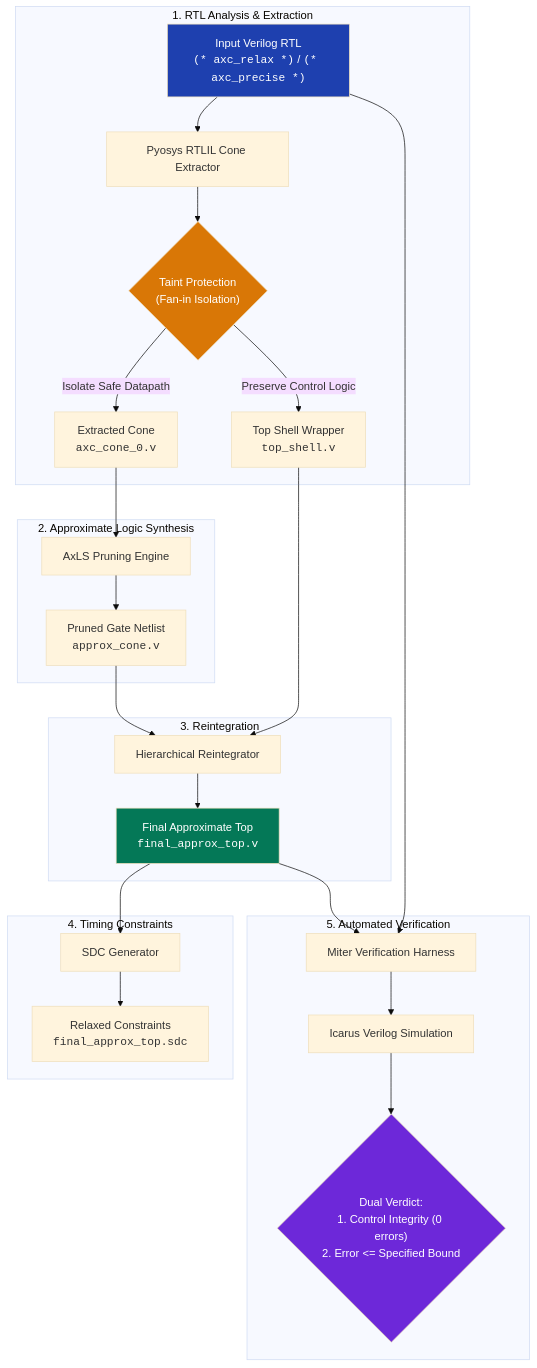
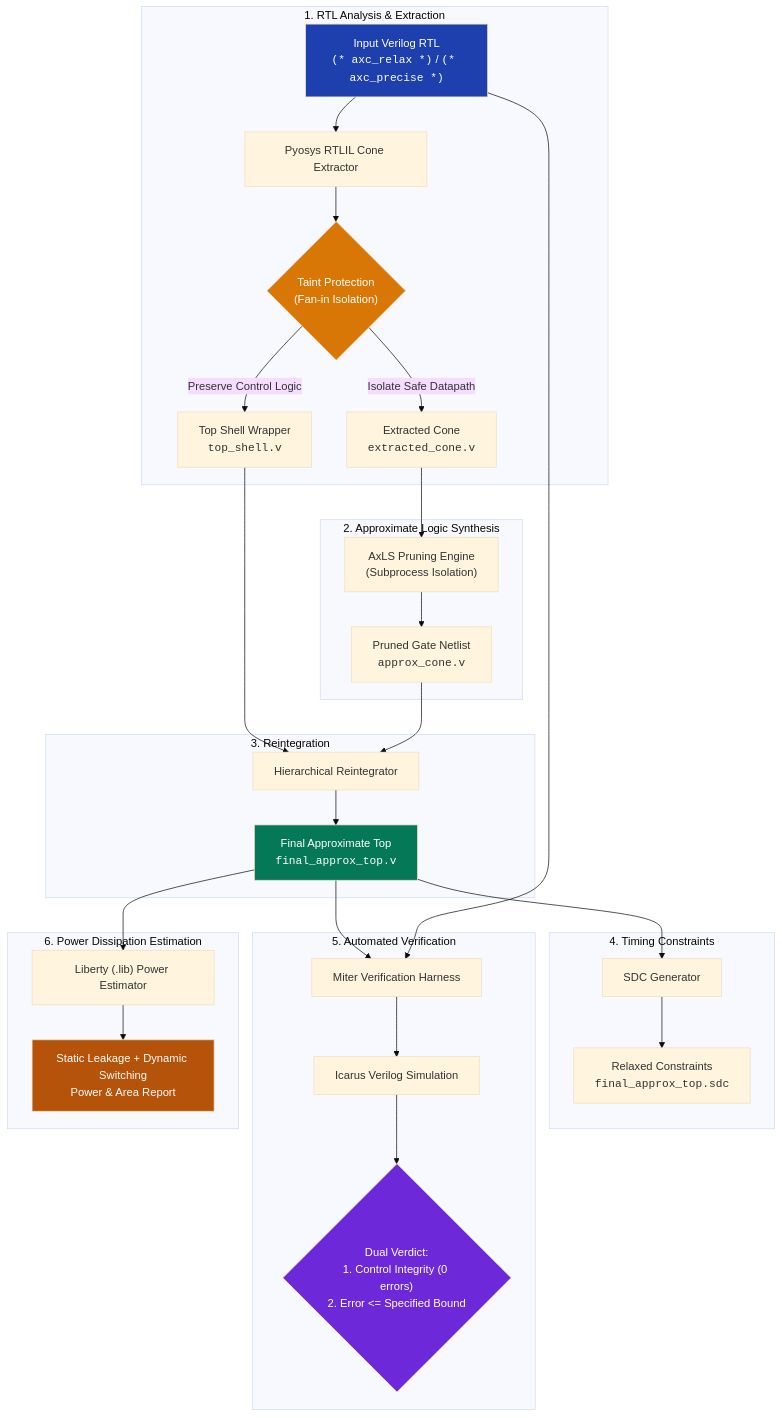
The diagram in README.md (cntoumas/AxSYS), drawn with Mermaid (base theme) before and after one commit. The commit also changed other lines of this file and 1 other file, not shown here.

Commit message:
docs: add MIT license and sync README with 6-stage flow and CLI tools

````diff
--- a/README.md
+++ b/README.md
@@ -7,37 +7,43 @@
 ```mermaid
 flowchart TD
     subgraph S1["1. RTL Analysis & Extraction"]
         RTL["Input Verilog RTL<br/><code>(* axc_relax *)</code> / <code>(* axc_precise *)</code>"] --> CE["Pyosys RTLIL Cone Extractor"]
         CE --> Taint{"Taint Protection<br/>(Fan-in Isolation)"}
-        Taint -->|Isolate Safe Datapath| Cone["Extracted Cone<br/><code>axc_cone_0.v</code>"]
+        Taint -->|Isolate Safe Datapath| Cone["Extracted Cone<br/><code>extracted_cone.v</code>"]
         Taint -->|Preserve Control Logic| Shell["Top Shell Wrapper<br/><code>top_shell.v</code>"]
     end
 
     subgraph S2["2. Approximate Logic Synthesis"]
-        Cone --> AxLS["AxLS Pruning Engine"]
+        Cone --> AxLS["AxLS Pruning Engine<br/>(Subprocess Isolation)"]
         AxLS --> ApproxCone["Pruned Gate Netlist<br/><code>approx_cone.v</code>"]
     end
 
     subgraph S3["3. Reintegration"]
         Shell --> Reint["Hierarchical Reintegrator"]
         ApproxCone --> Reint
         Reint --> FullTop["Final Approximate Top<br/><code>final_approx_top.v</code>"]
     end
 
     subgraph S4["4. Timing Constraints"]
         FullTop --> SDC["SDC Generator"]
         SDC --> SDCFile["Relaxed Constraints<br/><code>final_approx_top.sdc</code>"]
     end
 
     subgraph S5["5. Automated Verification"]
         FullTop --> Miter["Miter Verification Harness"]
         RTL --> Miter
         Miter --> Sim["Icarus Verilog Simulation"]
         Sim --> Verdict{"Dual Verdict:<br/>1. Control Integrity (0 errors)<br/>2. Error <= Specified Bound"}
     end
 
+    subgraph S6["6. Power Dissipation Estimation"]
+        FullTop --> PE["Liberty (.lib) Power Estimator"]
+        PE --> PowerReport["Static Leakage + Dynamic Switching<br/>Power & Area Report"]
+    end
+
     style RTL fill:#1e40af,color:#fff
     style Taint fill:#d97706,color:#fff
     style FullTop fill:#047857,color:#fff
     style Verdict fill:#6d28d9,color:#fff
+    style PowerReport fill:#b45309,color:#fff
 ```
````
